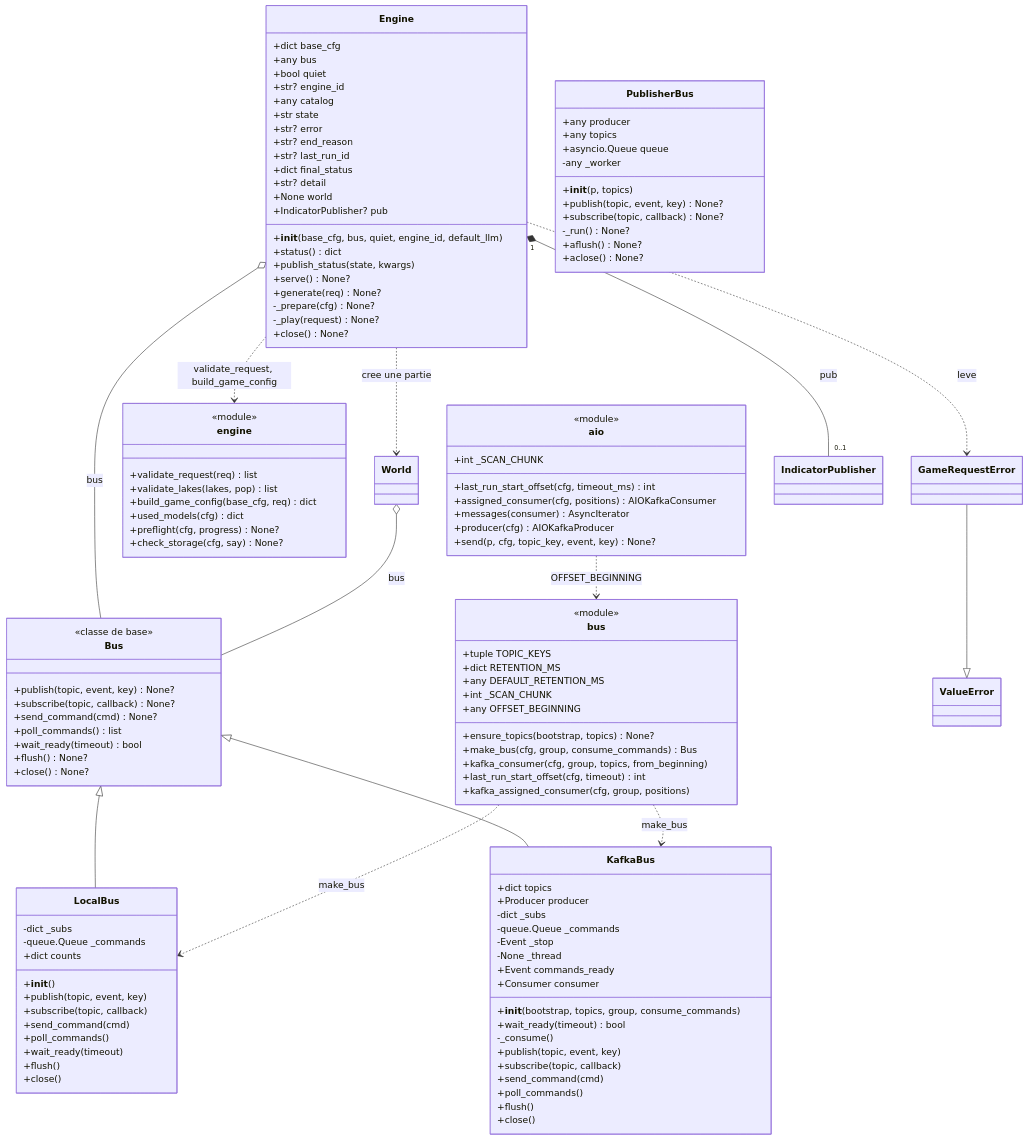
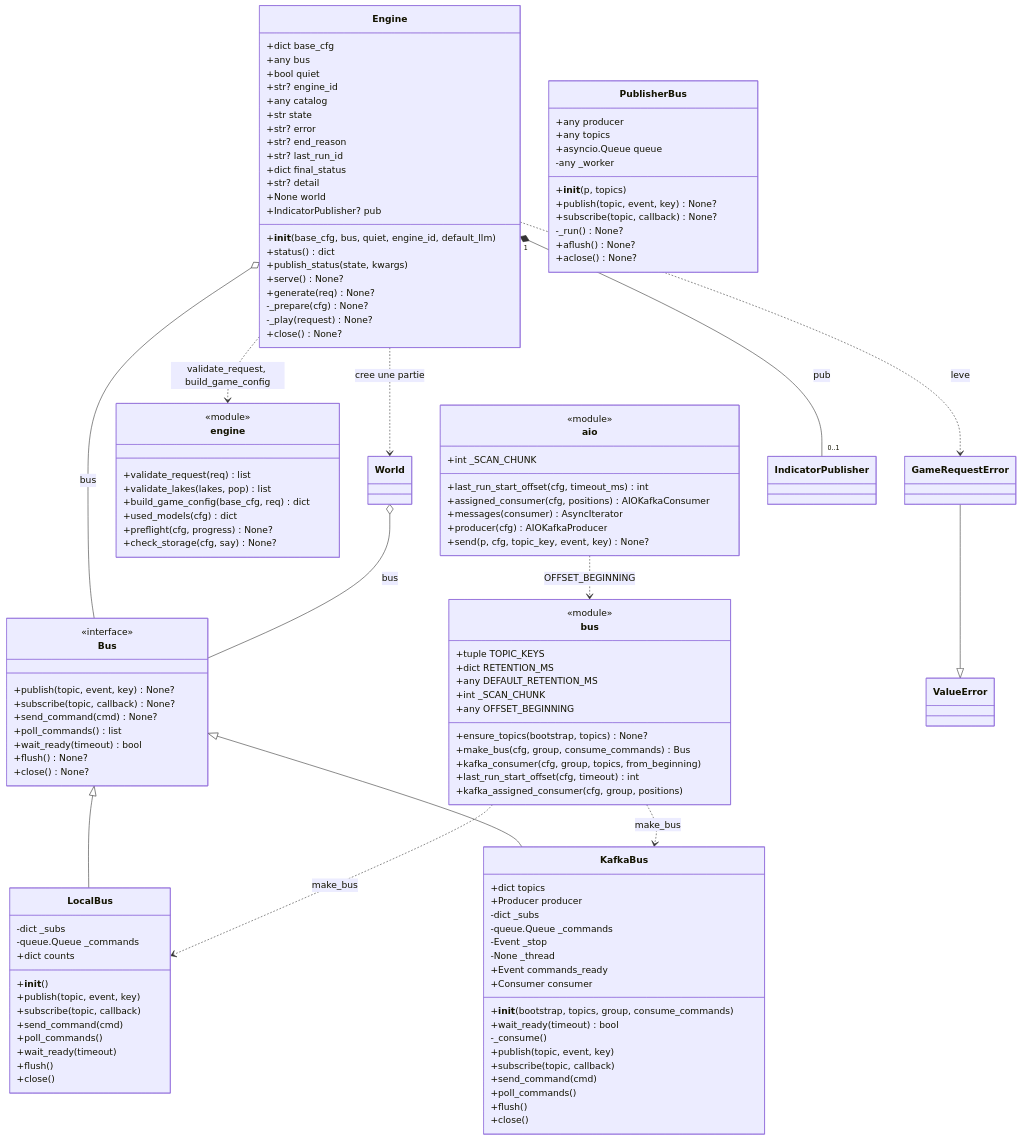
One commit to Romain-LM-Dev/Projet-Parcours---Filets-de-Vellmor changed the first of 6 diagrams in docs/uml/classes-infrastructure.md. Above: the diagram before and after it, drawn with Mermaid. The commit also changed other lines of this file and 14 other files, not shown here.

```diff
--- a/docs/uml/classes-infrastructure.md
+++ b/docs/uml/classes-infrastructure.md
@@ -50,7 +50,7 @@
         +check_storage(cfg, say) None?
     }
     class Bus {
-        <<classe de base>>
+        <<interface>>
         +publish(topic, event, key) None?
         +subscribe(topic, callback) None?
         +send_command(cmd) None?
```
